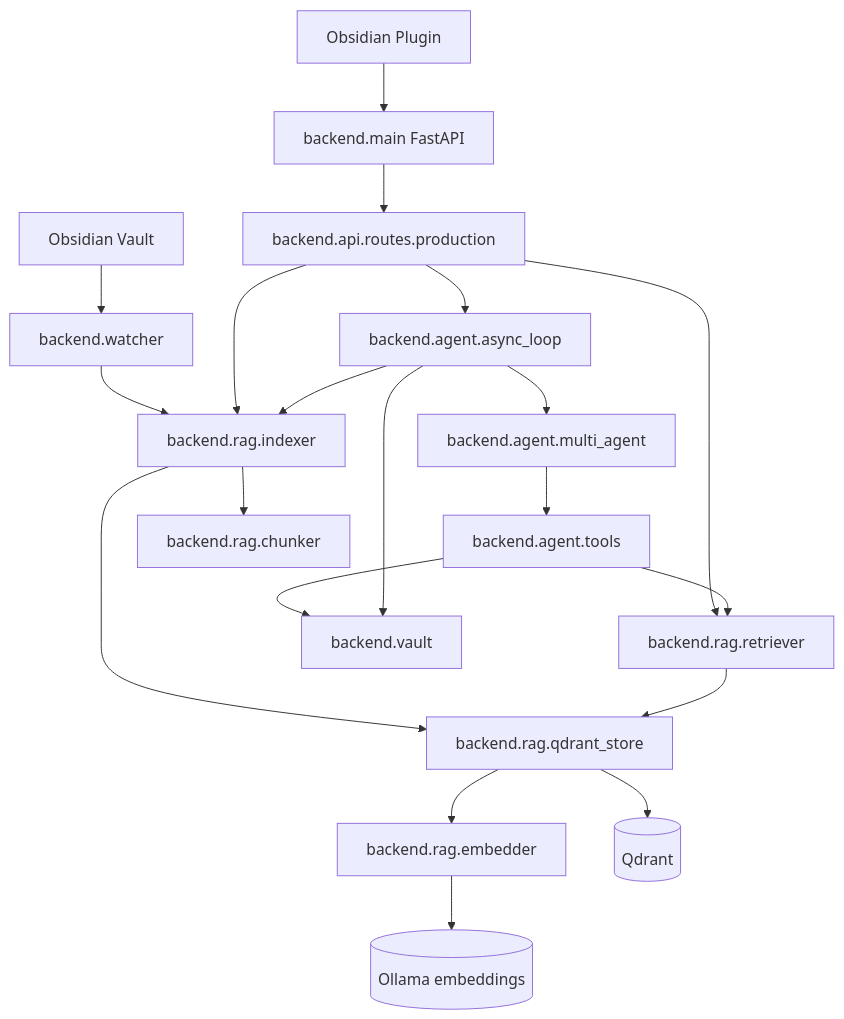
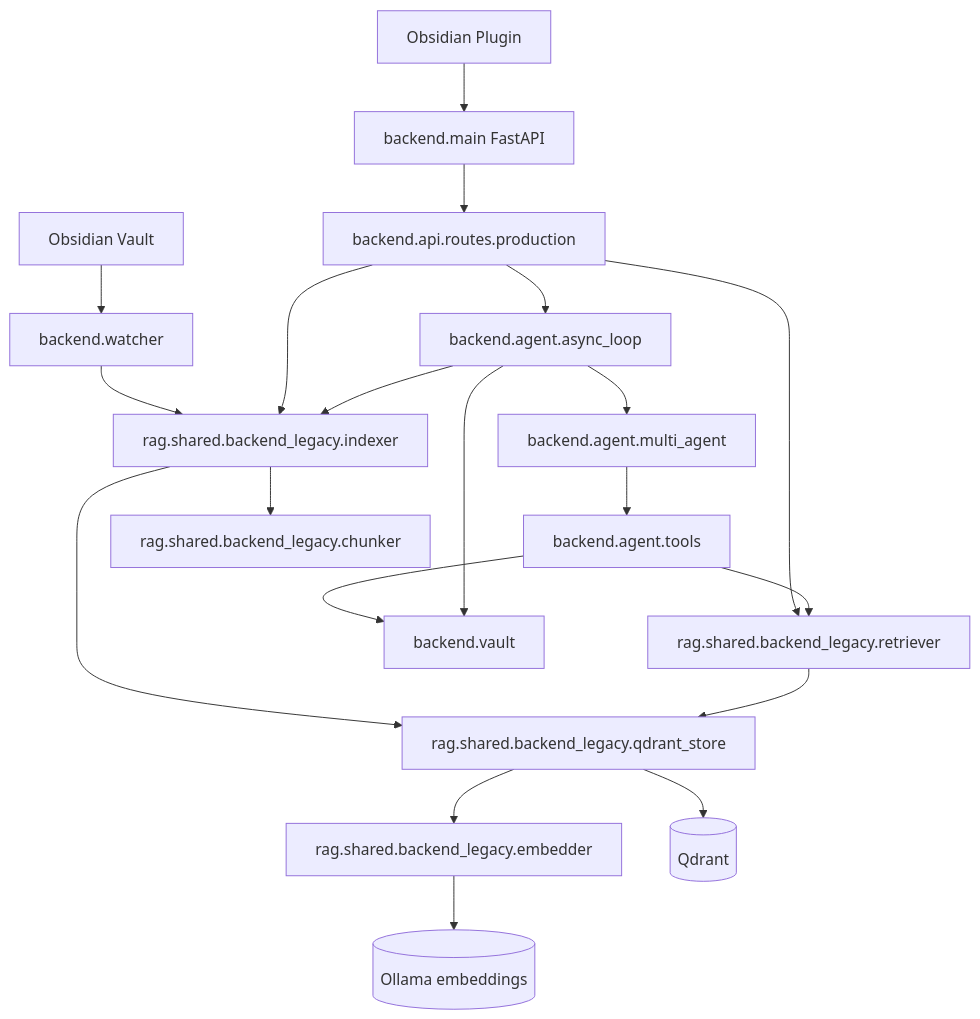
Before and after one commit to seclib/Anubis: the first of 2 diagrams in docs/AUDIT_REPORT.md, drawn with Mermaid. The commit also changed other lines of this file and 723 other files, not shown here.

````diff
--- a/docs/AUDIT_REPORT.md
+++ b/docs/AUDIT_REPORT.md
@@ -235,22 +235,22 @@
 ```mermaid
 flowchart TD
   Obsidian[Obsidian Vault] --> Watcher[backend.watcher]
   ObsidianPlugin[Obsidian Plugin] --> FastAPI[backend.main FastAPI]
-  Watcher --> Ingestion[backend.rag.indexer]
+  Watcher --> Ingestion[rag.shared.backend_legacy.indexer]
   FastAPI --> ProductionRoutes[backend.api.routes.production]
   ProductionRoutes --> Agent[backend.agent.async_loop]
-  ProductionRoutes --> Retriever[backend.rag.retriever]
+  ProductionRoutes --> Retriever[rag.shared.backend_legacy.retriever]
   ProductionRoutes --> Ingestion
   Agent --> PlannerExecutorCritic[backend.agent.multi_agent]
   PlannerExecutorCritic --> Tools[backend.agent.tools]
   Tools --> Vault[backend.vault]
   Tools --> Retriever
-  Ingestion --> Chunker[backend.rag.chunker]
-  Ingestion --> QdrantStore[backend.rag.qdrant_store]
+  Ingestion --> Chunker[rag.shared.backend_legacy.chunker]
+  Ingestion --> QdrantStore[rag.shared.backend_legacy.qdrant_store]
   Retriever --> QdrantStore
-  QdrantStore --> Embedder[backend.rag.embedder]
+  QdrantStore --> Embedder[rag.shared.backend_legacy.embedder]
   QdrantStore --> Qdrant[(Qdrant)]
   Embedder --> Ollama[(Ollama embeddings)]
   Agent --> Vault
   Agent --> Ingestion
 ```
````
